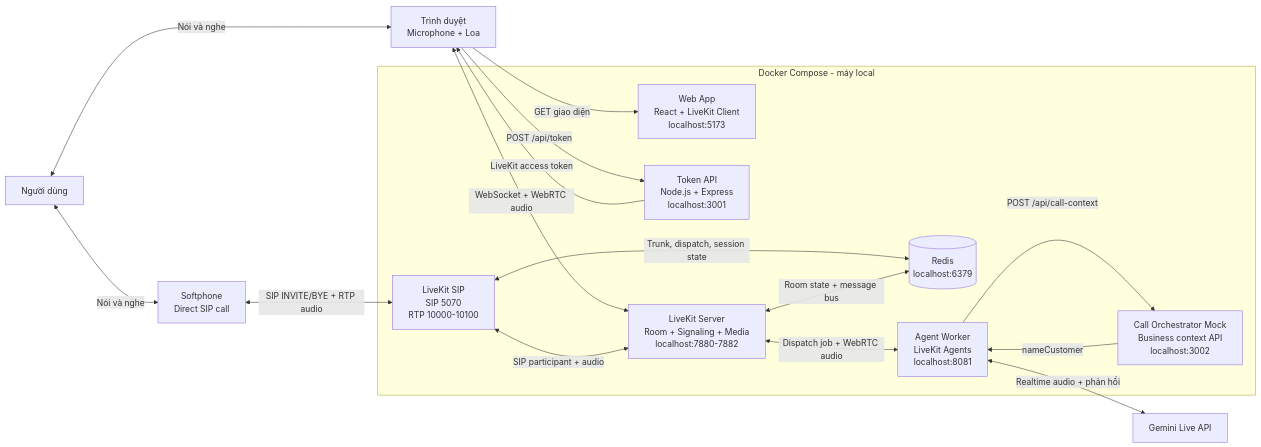
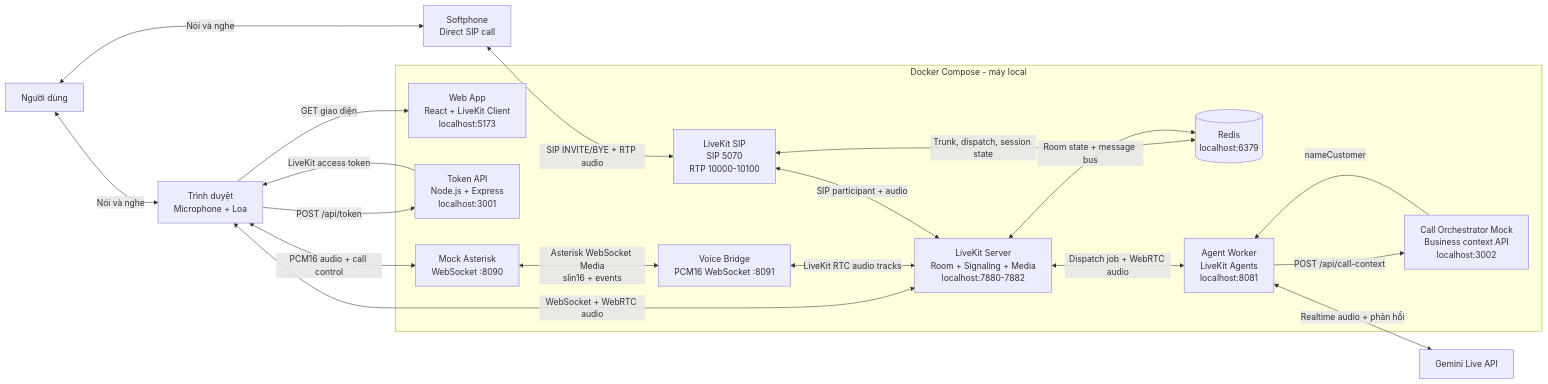
Before and after one commit to dat02092k1/call_system: the first of 4 diagrams in README.md, drawn with Mermaid. The commit also changed other lines of this file, not shown here.

Commit message:
docs: explain Asterisk WebSocket voice path

````diff
--- a/README.md
+++ b/README.md
@@ -7,32 +7,37 @@
 ```mermaid
 flowchart LR
     U["Người dùng"]
     B["Trình duyệt<br/>Microphone + Loa"]
     S["Softphone<br/>Direct SIP call"]
     G["Gemini Live API"]
 
     subgraph Docker["Docker Compose - máy local"]
         W["Web App<br/>React + LiveKit Client<br/>localhost:5173"]
         T["Token API<br/>Node.js + Express<br/>localhost:3001"]
         R[("Redis<br/>localhost:6379")]
         P["LiveKit SIP<br/>SIP 5070<br/>RTP 10000-10100"]
+        X["Mock Asterisk<br/>WebSocket :8090"]
+        V["Voice Bridge<br/>PCM16 WebSocket :8091"]
         L["LiveKit Server<br/>Room + Signaling + Media<br/>localhost:7880-7882"]
         A["Agent Worker<br/>LiveKit Agents<br/>localhost:8081"]
         O["Call Orchestrator Mock<br/>Business context API<br/>localhost:3002"]
     end
 
     U <-->|"Nói và nghe"| B
     U <-->|"Nói và nghe"| S
     B -->|"GET giao diện"| W
     B -->|"POST /api/token"| T
     T -->|"LiveKit access token"| B
     B <-->|"WebSocket + WebRTC audio"| L
+    B <-->|"PCM16 audio + call control"| X
     S <-->|"SIP INVITE/BYE + RTP audio"| P
+    X <-->|"Asterisk WebSocket Media<br/>slin16 + events"| V
+    V <-->|"LiveKit RTC audio tracks"| L
     P <-->|"SIP participant + audio"| L
     P <-->|"Trunk, dispatch, session state"| R
     L <-->|"Room state + message bus"| R
     L <-->|"Dispatch job + WebRTC audio"| A
     A -->|"POST /api/call-context"| O
     O -->|"nameCustomer"| A
     A <-->|"Realtime audio + phản hồi"| G
 ```
````
